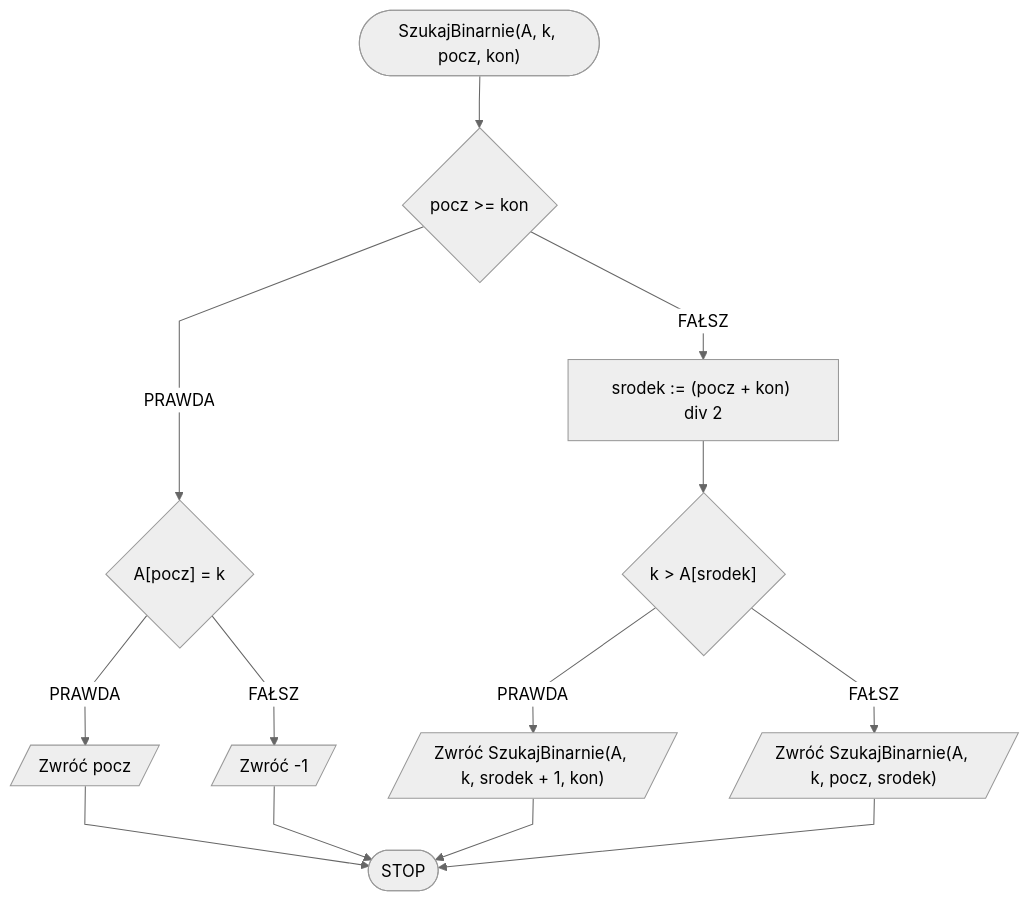
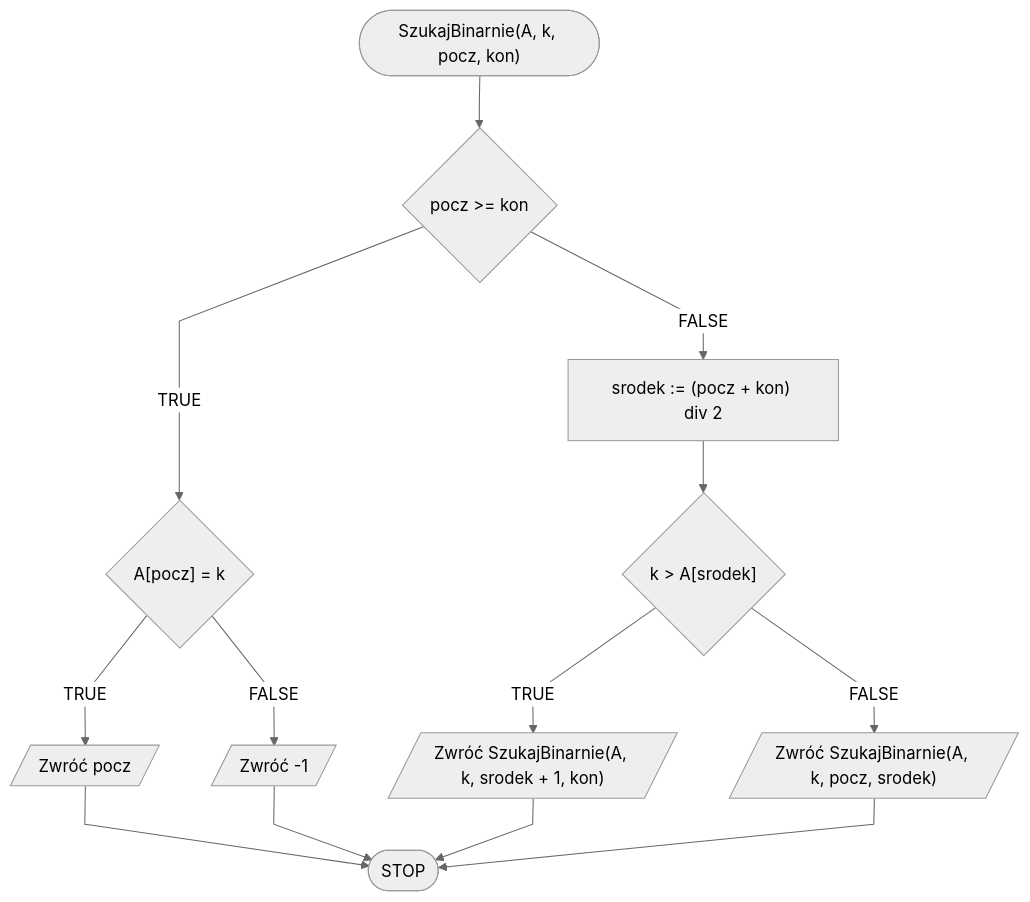
One commit to blackbat13/edu-cs-htiew-en changed the second of 2 diagrams in docs/algorithms/searching/binary-search.md. Above: the diagram before and after it, drawn with Mermaid. The commit also changed other lines of this file and 682 other files, not shown here.

````diff
--- a/docs/algorithms/searching/binary-search.md
+++ b/docs/algorithms/searching/binary-search.md
@@ -121,16 +121,16 @@
 ```mermaid
 %%{init: {"flowchart": {"curve": "linear"}, "theme": "neutral"} }%%
 flowchart TD
 	START(["SzukajBinarnie(A, k, pocz, kon)"]) --> K1{pocz >= kon}
-	K1 -- PRAWDA --> K2{"A[pocz] = k"}
-	K2 -- PRAWDA --> K3[/Zwróć pocz/]
+	K1 -- TRUE --> K2{"A[pocz] = k"}
+	K2 -- TRUE --> K3[/Zwróć pocz/]
 	K3 --> STOP([STOP])
-	K2 -- FAŁSZ --> K5[/Zwróć -1/]
+	K2 -- FALSE --> K5[/Zwróć -1/]
 	K5 --> STOP
-	K1 -- FAŁSZ --> K6["srodek := (pocz + kon) div 2"]
+	K1 -- FALSE --> K6["srodek := (pocz + kon) div 2"]
 	K6 --> K7{"k > A[srodek]"}
-	K7 -- PRAWDA --> K8[/"Zwróć SzukajBinarnie(A, k, srodek + 1, kon)"/]
+	K7 -- TRUE --> K8[/"Zwróć SzukajBinarnie(A, k, srodek + 1, kon)"/]
 	K8 --> STOP
-	K7 -- FAŁSZ --> K9[/"Zwróć SzukajBinarnie(A, k, pocz, srodek)"/]
+	K7 -- FALSE --> K9[/"Zwróć SzukajBinarnie(A, k, pocz, srodek)"/]
 	K9 --> STOP
 ```
````
